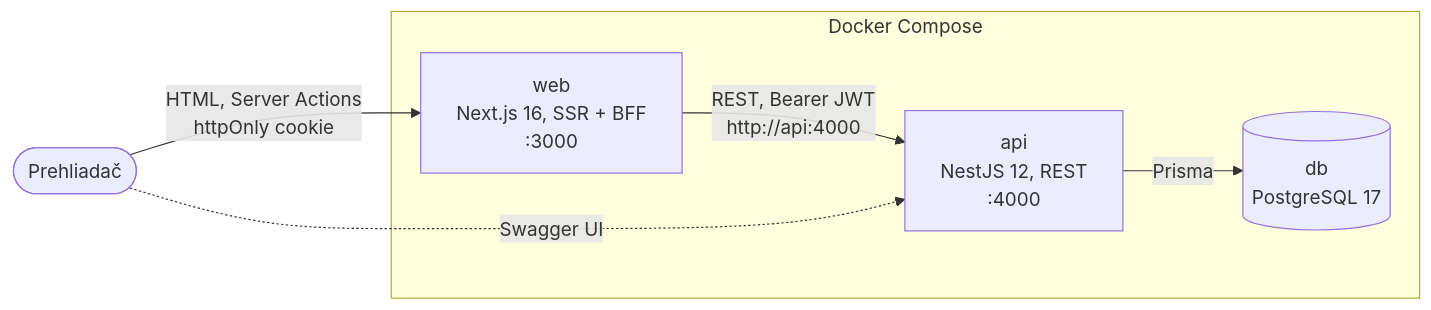
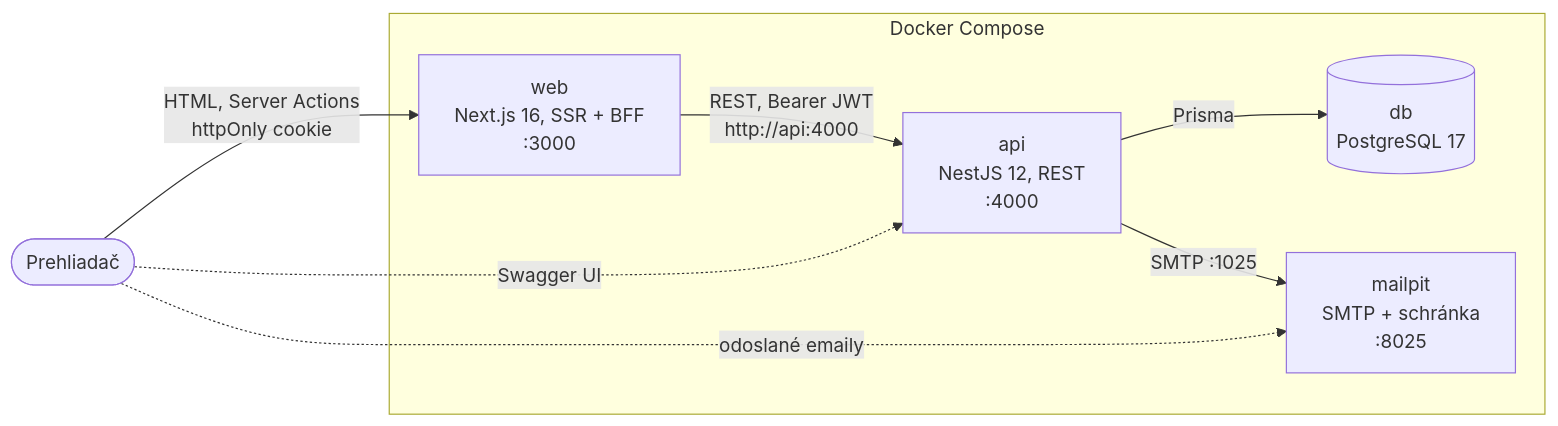
The first of 2 diagrams in README.md (Shars4/bart_labka), drawn with Mermaid before and after one commit. The commit also changed other lines of this file and 68 other files, not shown here.

````diff
--- a/README.md
+++ b/README.md
@@ -147,13 +178,16 @@
 ```mermaid
 flowchart LR
   browser([Prehliadač])
   subgraph compose [Docker Compose]
     web["web<br/>Next.js 16, SSR + BFF<br/>:3000"]
     api["api<br/>NestJS 12, REST<br/>:4000"]
     db[("db<br/>PostgreSQL 17")]
+    mail["mailpit<br/>SMTP + schránka<br/>:8025"]
   end
   browser -- "HTML, Server Actions<br/>httpOnly cookie" --> web
   web -- "REST, Bearer JWT<br/>http://api:4000" --> api
   api -- Prisma --> db
+  api -- "SMTP :1025" --> mail
   browser -. "Swagger UI" .-> api
+  browser -. "odoslané emaily" .-> mail
 ```
````
